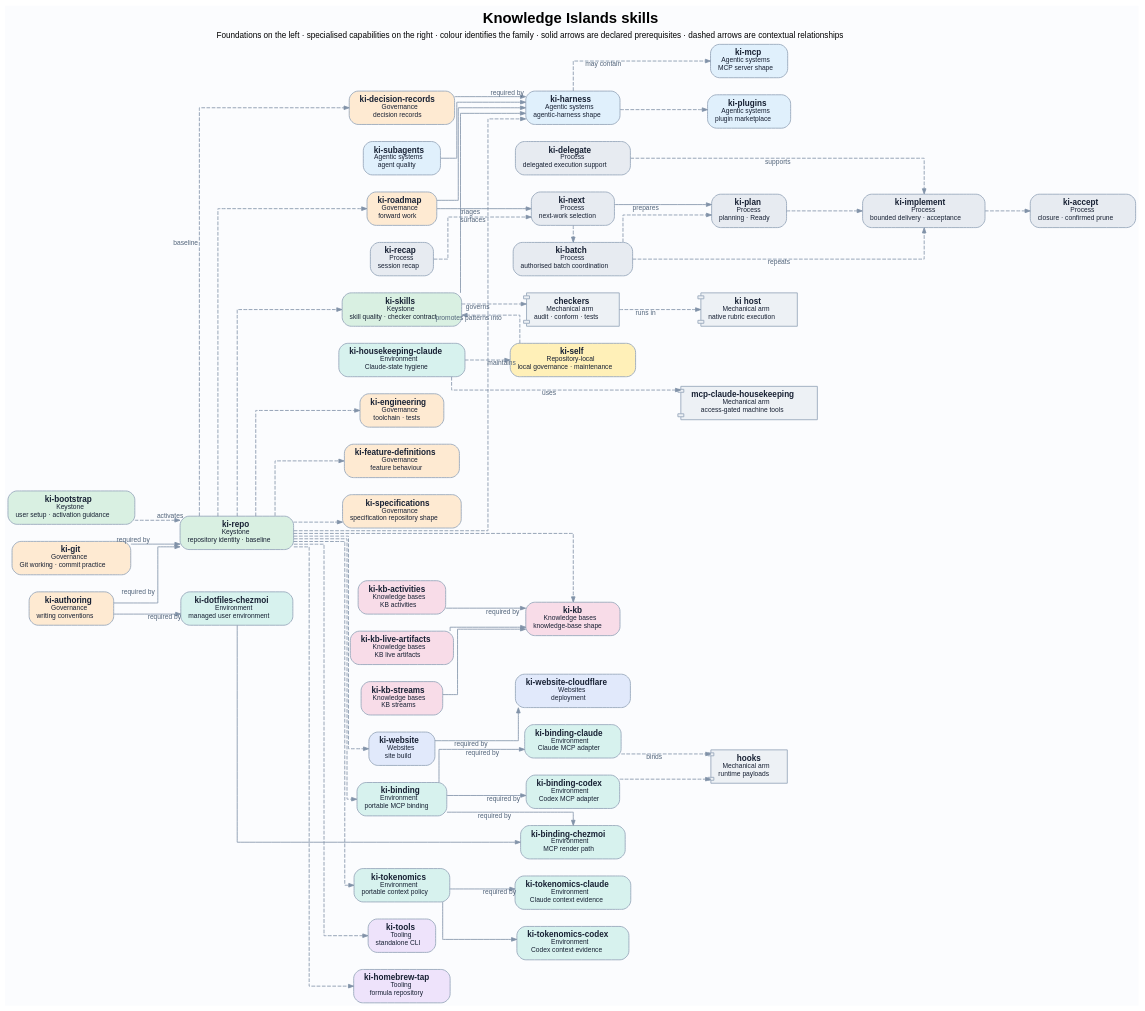
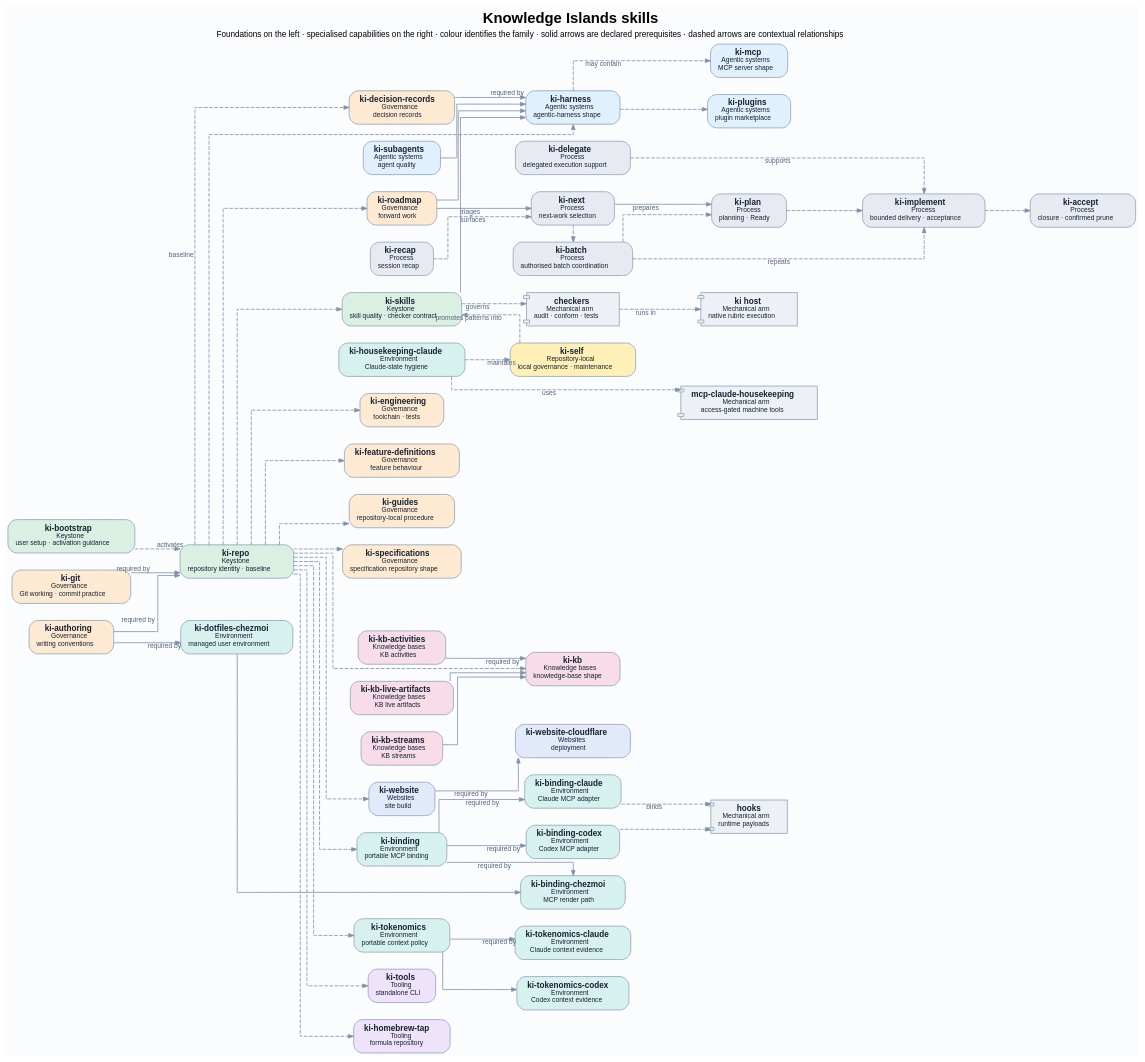
The diagram in docs/diagrams/skills-map.dot (knowledgeislands/arcadia-skills), drawn with Graphviz before and after one commit. The commit also changed 36 other files, not shown here.

Commit message:
feat(docs): govern repository guides

```diff
--- a/docs/diagrams/skills-map.dot
+++ b/docs/diagrams/skills-map.dot
@@ -1,166 +1,168 @@
 // Canonical source for the harness skills map. DOT is authoritative; regenerate
 // skills-map.svg with: dot -Tsvg skills-map.dot -o skills-map.svg
 //
 // Flow is deliberately general-to-specialised, left-to-right. Colour and the
 // second line of each node identify the skill family; clusters would add a
 // competing spatial hierarchy and obscure the dependency flow.
 digraph skills_map {
   graph [
     bgcolor="#fbfcfe"
     fontname="Helvetica"
     fontsize=20
     label=<
       <b>Knowledge Islands skills</b><br/>
       <font point-size="11">Foundations on the left · specialised capabilities on the right · colour identifies the family · solid arrows are declared prerequisites · dashed arrows are contextual relationships</font>
     >
     labelloc=t
     margin=0.25
     nodesep=0.32
     rankdir=LR
     ranksep=0.85
     splines=ortho
   ]
 
   node [
     color="#9aaabd"
     fontcolor="#172033"
     fontname="Helvetica"
     fontsize=11
     margin="0.14,0.1"
     penwidth=1.2
     shape=box
     style="rounded,filled"
   ]
 
   edge [
     arrowsize=0.7
     color="#8192a8"
     fontcolor="#52647a"
     fontname="Helvetica"
     fontsize=9
     penwidth=1.1
   ]
 
   // Foundation and repository roots.
   bootstrap [fillcolor="#d9f0e2", label=< <b>ki-bootstrap</b><br/><font point-size="9">Keystone</font><br/><font point-size="9">user setup · activation guidance</font> >]
   repo [fillcolor="#d9f0e2", label=< <b>ki-repo</b><br/><font point-size="9">Keystone</font><br/><font point-size="9">repository identity · baseline</font> >]
 
   // General standards and shared shapes.
   authoring [fillcolor="#feead2", label=< <b>ki-authoring</b><br/><font point-size="9">Governance</font><br/><font point-size="9">writing conventions</font> >]
   decisions [fillcolor="#feead2", label=< <b>ki-decision-records</b><br/><font point-size="9">Governance</font><br/><font point-size="9">decision records</font> >]
   engineering [fillcolor="#feead2", label=< <b>ki-engineering</b><br/><font point-size="9">Governance</font><br/><font point-size="9">toolchain · tests</font> >]
   features [fillcolor="#feead2", label=< <b>ki-feature-definitions</b><br/><font point-size="9">Governance</font><br/><font point-size="9">feature behaviour</font> >]
   git [fillcolor="#feead2", label=< <b>ki-git</b><br/><font point-size="9">Governance</font><br/><font point-size="9">Git working · commit practice</font> >]
+  guides [fillcolor="#feead2", label=< <b>ki-guides</b><br/><font point-size="9">Governance</font><br/><font point-size="9">repository-local procedure</font> >]
   roadmap [fillcolor="#feead2", label=< <b>ki-roadmap</b><br/><font point-size="9">Governance</font><br/><font point-size="9">forward work</font> >]
   specifications [fillcolor="#feead2", label=< <b>ki-specifications</b><br/><font point-size="9">Governance</font><br/><font point-size="9">specification repository shape</font> >]
   skills [fillcolor="#d9f0e2", label=< <b>ki-skills</b><br/><font point-size="9">Keystone</font><br/><font point-size="9">skill quality · checker contract</font> >]
   harness [fillcolor="#e0f0fc", label=< <b>ki-harness</b><br/><font point-size="9">Agentic systems</font><br/><font point-size="9">agentic-harness shape</font> >]
   kb [fillcolor="#f8dce8", label=< <b>ki-kb</b><br/><font point-size="9">Knowledge bases</font><br/><font point-size="9">knowledge-base shape</font> >]
   website [fillcolor="#e1e9fb", label=< <b>ki-website</b><br/><font point-size="9">Websites</font><br/><font point-size="9">site build</font> >]
   binding [fillcolor="#d7f2ee", label=< <b>ki-binding</b><br/><font point-size="9">Environment</font><br/><font point-size="9">portable MCP binding</font> >]
   tokenomics [fillcolor="#d7f2ee", label=< <b>ki-tokenomics</b><br/><font point-size="9">Environment</font><br/><font point-size="9">portable context policy</font> >]
   tools [fillcolor="#eee3fb", label=< <b>ki-tools</b><br/><font point-size="9">Tooling</font><br/><font point-size="9">standalone CLI</font> >]
   tap [fillcolor="#eee3fb", label=< <b>ki-homebrew-tap</b><br/><font point-size="9">Tooling</font><br/><font point-size="9">formula repository</font> >]
 
   // Specialisations, process capabilities, and runtime-facing skills.
   agents [fillcolor="#e0f0fc", label=< <b>ki-subagents</b><br/><font point-size="9">Agentic systems</font><br/><font point-size="9">agent quality</font> >]
   mcp [fillcolor="#e0f0fc", label=< <b>ki-mcp</b><br/><font point-size="9">Agentic systems</font><br/><font point-size="9">MCP server shape</font> >]
   plugins [fillcolor="#e0f0fc", label=< <b>ki-plugins</b><br/><font point-size="9">Agentic systems</font><br/><font point-size="9">plugin marketplace</font> >]
   kb_activities [fillcolor="#f8dce8", label=< <b>ki-kb-activities</b><br/><font point-size="9">Knowledge bases</font><br/><font point-size="9">KB activities</font> >]
   kb_artifacts [fillcolor="#f8dce8", label=< <b>ki-kb-live-artifacts</b><br/><font point-size="9">Knowledge bases</font><br/><font point-size="9">KB live artifacts</font> >]
   kb_streams [fillcolor="#f8dce8", label=< <b>ki-kb-streams</b><br/><font point-size="9">Knowledge bases</font><br/><font point-size="9">KB streams</font> >]
   cloudflare [fillcolor="#e1e9fb", label=< <b>ki-website-cloudflare</b><br/><font point-size="9">Websites</font><br/><font point-size="9">deployment</font> >]
   binding_claude [fillcolor="#d7f2ee", label=< <b>ki-binding-claude</b><br/><font point-size="9">Environment</font><br/><font point-size="9">Claude MCP adapter</font> >]
   binding_codex [fillcolor="#d7f2ee", label=< <b>ki-binding-codex</b><br/><font point-size="9">Environment</font><br/><font point-size="9">Codex MCP adapter</font> >]
   binding_chezmoi [fillcolor="#d7f2ee", label=< <b>ki-binding-chezmoi</b><br/><font point-size="9">Environment</font><br/><font point-size="9">MCP render path</font> >]
   dotfiles [fillcolor="#d7f2ee", label=< <b>ki-dotfiles-chezmoi</b><br/><font point-size="9">Environment</font><br/><font point-size="9">managed user environment</font> >]
   housekeeping_claude [fillcolor="#d7f2ee", label=< <b>ki-housekeeping-claude</b><br/><font point-size="9">Environment</font><br/><font point-size="9">Claude-state hygiene</font> >]
   tokenomics_claude [fillcolor="#d7f2ee", label=< <b>ki-tokenomics-claude</b><br/><font point-size="9">Environment</font><br/><font point-size="9">Claude context evidence</font> >]
   tokenomics_codex [fillcolor="#d7f2ee", label=< <b>ki-tokenomics-codex</b><br/><font point-size="9">Environment</font><br/><font point-size="9">Codex context evidence</font> >]
   accept [fillcolor="#e7ebf1", label=< <b>ki-accept</b><br/><font point-size="9">Process</font><br/><font point-size="9">closure · confirmed prune</font> >]
   batch [fillcolor="#e7ebf1", label=< <b>ki-batch</b><br/><font point-size="9">Process</font><br/><font point-size="9">authorised batch coordination</font> >]
   delegate [fillcolor="#e7ebf1", label=< <b>ki-delegate</b><br/><font point-size="9">Process</font><br/><font point-size="9">delegated execution support</font> >]
   implement [fillcolor="#e7ebf1", label=< <b>ki-implement</b><br/><font point-size="9">Process</font><br/><font point-size="9">bounded delivery · acceptance</font> >]
   next [fillcolor="#e7ebf1", label=< <b>ki-next</b><br/><font point-size="9">Process</font><br/><font point-size="9">next-work selection</font> >]
   plan [fillcolor="#e7ebf1", label=< <b>ki-plan</b><br/><font point-size="9">Process</font><br/><font point-size="9">planning · Ready</font> >]
   recap [fillcolor="#e7ebf1", label=< <b>ki-recap</b><br/><font point-size="9">Process</font><br/><font point-size="9">session recap</font> >]
   self [fillcolor="#fff0b8", label=< <b>ki-self</b><br/><font point-size="9">Repository-local</font><br/><font point-size="9">local governance · maintenance</font> >]
 
   // The runtime arms are deliberately visibly secondary: they are not skills.
   checkers [fillcolor="#edf1f5", label=< <b>checkers</b><br/><font point-size="9">Mechanical arm</font><br/><font point-size="9">audit · conform · tests</font> >, shape=component]
   native_host [fillcolor="#edf1f5", label=< <b>ki host</b><br/><font point-size="9">Mechanical arm</font><br/><font point-size="9">native rubric execution</font> >, shape=component]
   mcp_housekeeping [fillcolor="#edf1f5", label=< <b>mcp-claude-housekeeping</b><br/><font point-size="9">Mechanical arm</font><br/><font point-size="9">access-gated machine tools</font> >, shape=component]
   hooks [fillcolor="#edf1f5", label=< <b>hooks</b><br/><font point-size="9">Mechanical arm</font><br/><font point-size="9">runtime payloads</font> >, shape=component]
 
   // Left-to-right layers follow declared prerequisite order where an edge has
   // one. Contextual links may deliberately point across the flow.
   { rank=same; bootstrap; authoring; git }
   { rank=same; repo; dotfiles }
-  { rank=same; decisions; engineering; features; roadmap; specifications; skills; agents; kb_activities; kb_artifacts; kb_streams; website; binding; tokenomics; tools; tap; housekeeping_claude; recap }
+  { rank=same; decisions; engineering; features; guides; roadmap; specifications; skills; agents; kb_activities; kb_artifacts; kb_streams; website; binding; tokenomics; tools; tap; housekeeping_claude; recap }
   { rank=same; harness; kb; cloudflare; binding_claude; binding_codex; binding_chezmoi; tokenomics_claude; tokenomics_codex; delegate; next; batch; self; checkers }
   { rank=same; mcp; plugins; plan; native_host; mcp_housekeeping; hooks }
   { rank=same; implement }
   { rank=same; accept }
 
   // Formal composition edges: a solid arrow points from the prerequisite to
   // the skill that declares it in `ki-depends-on:`. Dashed links below express
   // activation, coverage, workflow, or other contextual relationships.
   authoring -> repo [xlabel="required by"]
   git -> repo [xlabel="required by"]
   authoring -> dotfiles [xlabel="required by"]
   binding -> binding_claude [xlabel="required by"]
   binding -> binding_codex [xlabel="required by"]
   binding -> binding_chezmoi [xlabel="required by"]
   dotfiles -> binding_chezmoi
   tokenomics -> tokenomics_claude [xlabel="required by"]
   tokenomics -> tokenomics_codex
   website -> cloudflare [xlabel="required by"]
   kb_activities -> kb [xlabel="required by"]
   kb_artifacts -> kb
   kb_streams -> kb
   decisions -> harness [xlabel="required by"]
   roadmap -> harness
   skills -> harness
   agents -> harness
 
   bootstrap -> repo [xlabel="activates", style=dashed]
 
   // Repository baseline: these skills establish a repository's shared contract.
   repo -> decisions [xlabel="baseline", style=dashed]
   repo -> engineering [style=dashed]
   repo -> features [style=dashed]
+  repo -> guides [style=dashed]
   repo -> roadmap [style=dashed]
   repo -> specifications [style=dashed]
   repo -> skills [style=dashed]
   repo -> harness [style=dashed]
   repo -> kb [style=dashed]
   repo -> website [style=dashed]
   repo -> binding [style=dashed]
   repo -> tokenomics [style=dashed]
   repo -> tools [style=dashed]
   repo -> tap [style=dashed]
 
   // Shape and capability specialisation.
   harness -> mcp [xlabel="may contain", style=dashed]
   harness -> plugins [style=dashed]
 
   // Process and local-governance relationships.
   roadmap -> next [xlabel="triages"]
   next -> plan [xlabel="prepares"]
   recap -> next [xlabel="surfaces", style=dashed]
   next -> batch [style=dashed]
   batch -> plan [style=dashed]
   plan -> implement [style=dashed]
   batch -> implement [xlabel="repeats", style=dashed]
   delegate -> implement [xlabel="supports", style=dashed]
   implement -> accept [style=dashed]
   self -> skills [xlabel="promotes patterns into", style=dashed]
   housekeeping_claude -> self [xlabel="maintains", style=dashed]
 
   // Hosted runtime relationships.
   skills -> checkers [xlabel="governs", style=dashed]
   checkers -> native_host [xlabel="runs in", style=dashed]
   housekeeping_claude -> mcp_housekeeping [xlabel="uses", style=dashed]
   binding_claude -> hooks [xlabel="binds", style=dashed]
   binding_codex -> hooks [style=dashed]
 }
```
